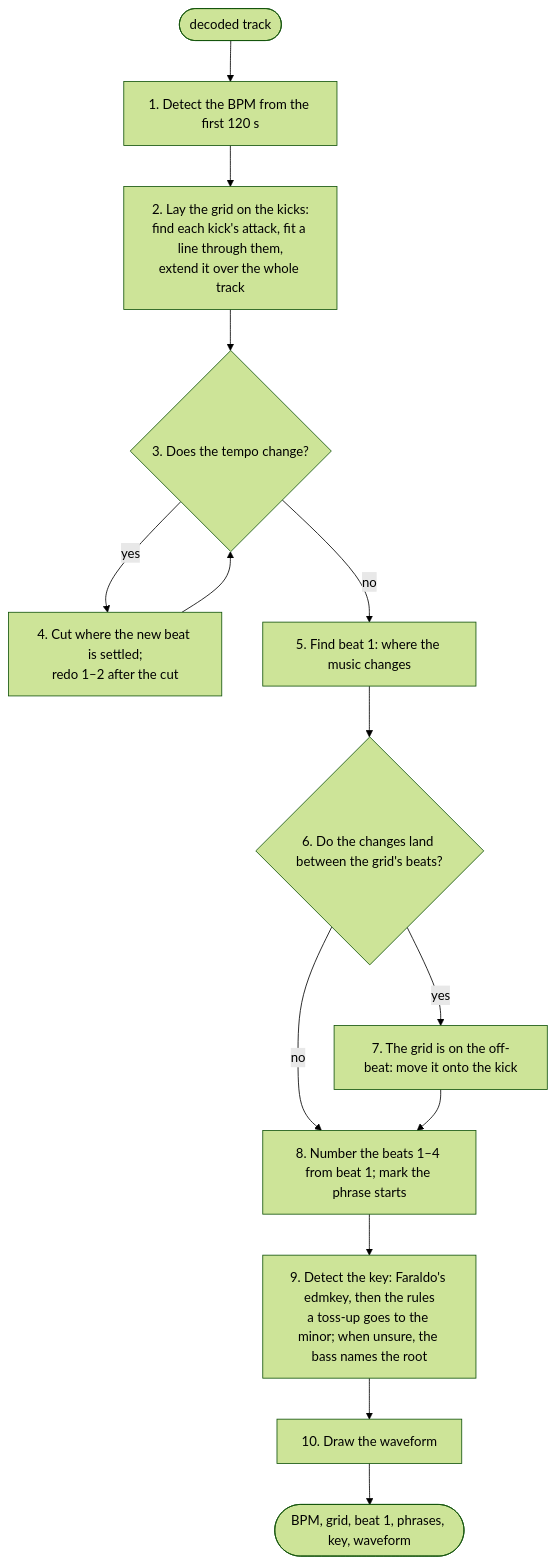
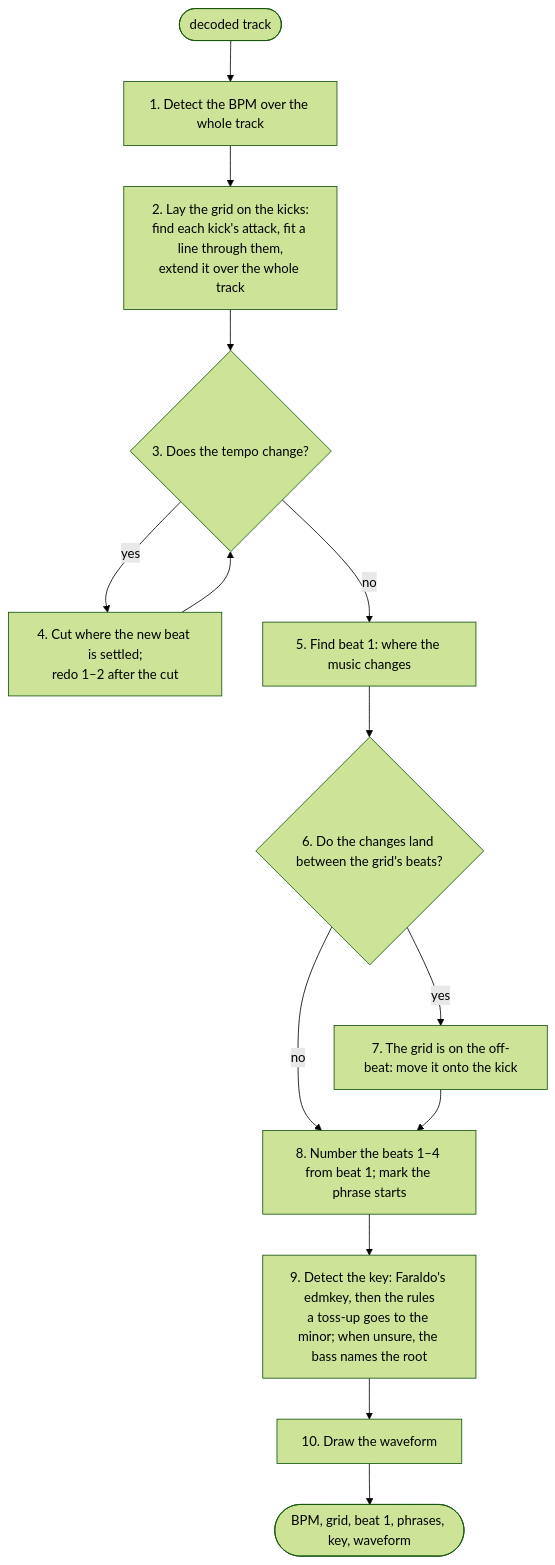
Before and after one commit to Wirlax/rbxport: the diagram in crates/rbl-analysis/README.md, drawn with Mermaid (forest theme). The commit also changed other lines of this file and 1 other file, not shown here.

Commit message:
docs: the BPM is detected over the whole track, so a tempo change anywhere is seen

````diff
--- a/crates/rbl-analysis/README.md
+++ b/crates/rbl-analysis/README.md
@@ -14,16 +14,16 @@
 ```mermaid
 flowchart TD
-    S([decoded track]) --> A[1. Detect the BPM from the first 120 s]
+    S([decoded track]) --> A[1. Detect the BPM over the whole track]
     A --> B[2. Lay the grid on the kicks:<br/>find each kick's attack, fit a line through them,<br/>extend it over the whole track]
     B --> Q1{3. Does the tempo change?}
     Q1 -- yes --> C[4. Cut where the new beat is settled;<br/>redo 1–2 after the cut]
     C --> Q1
     Q1 -- no --> D[5. Find beat 1: where the music changes]
     D --> Q2{6. Do the changes land between the grid's beats?}
     Q2 -- yes --> E[7. The grid is on the off-beat: move it onto the kick]
     Q2 -- no --> F
     E --> F[8. Number the beats 1–4 from beat 1; mark the phrase starts]
     F --> G[9. Detect the key: Faraldo's edmkey, then the rules<br/>a toss-up goes to the minor; when unsure, the bass names the root]
     G --> H[10. Draw the waveform]
     H --> T([BPM, grid, beat 1, phrases, key, waveform])
 ```
````
